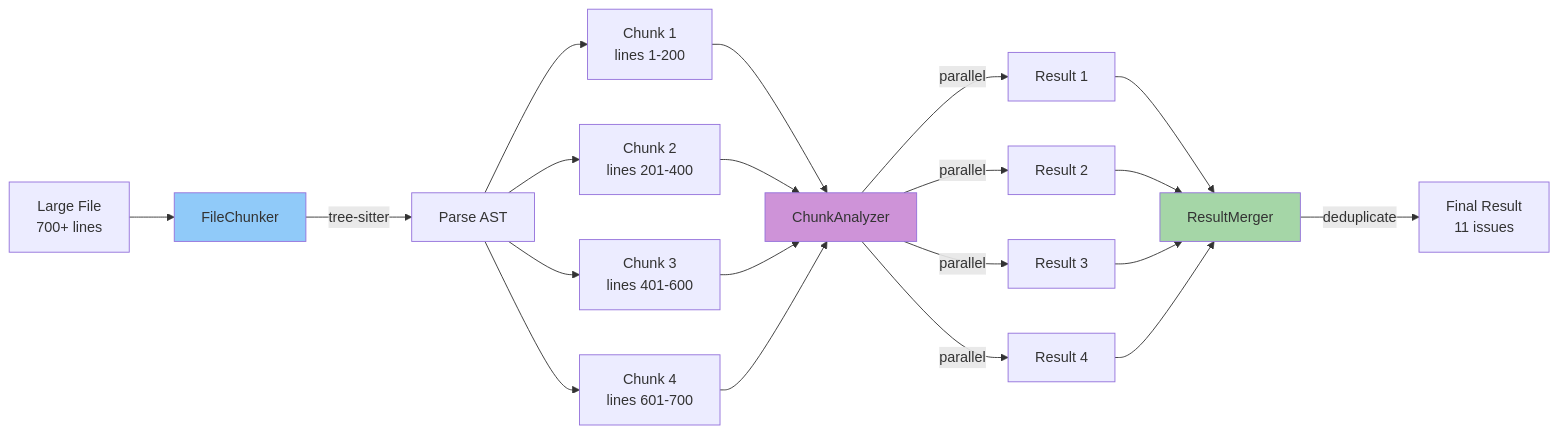
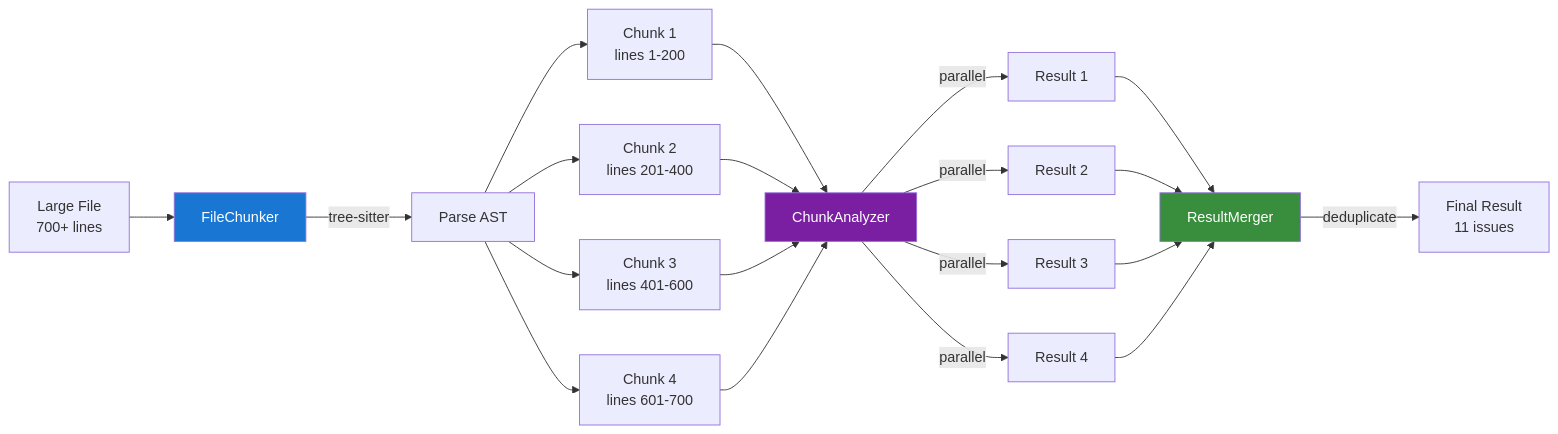
The fifth of 9 diagrams in docs/architecture/overview.md (ApeachM/llm-code-reviewer), drawn with Mermaid before and after one commit. The commit also changed other lines of this file and 2 other files, not shown here.

First line of the commit message:
docs: Update Mermaid diagram colors for improved dark theme readability

````diff
--- a/docs/architecture/overview.md
+++ b/docs/architecture/overview.md
@@ -275,31 +275,31 @@
 ```mermaid
 graph LR
     Large[Large File<br/>700+ lines]
     Large --> FC[FileChunker]
     FC --> |tree-sitter| AST[Parse AST]
     AST --> C1[Chunk 1<br/>lines 1-200]
     AST --> C2[Chunk 2<br/>lines 201-400]
     AST --> C3[Chunk 3<br/>lines 401-600]
     AST --> C4[Chunk 4<br/>lines 601-700]
 
     C1 --> CA[ChunkAnalyzer]
     C2 --> CA
     C3 --> CA
     C4 --> CA
 
     CA --> |parallel| R1[Result 1]
     CA --> |parallel| R2[Result 2]
     CA --> |parallel| R3[Result 3]
     CA --> |parallel| R4[Result 4]
 
     R1 --> RM[ResultMerger]
     R2 --> RM
     R3 --> RM
     R4 --> RM
 
     RM --> |deduplicate| Final[Final Result<br/>11 issues]
 
-    style FC fill:#90caf9
-    style CA fill:#ce93d8
-    style RM fill:#a5d6a7
+    style FC fill:#1976d2,color:#fff
+    style CA fill:#7b1fa2,color:#fff
+    style RM fill:#388e3c,color:#fff
 ```
````
